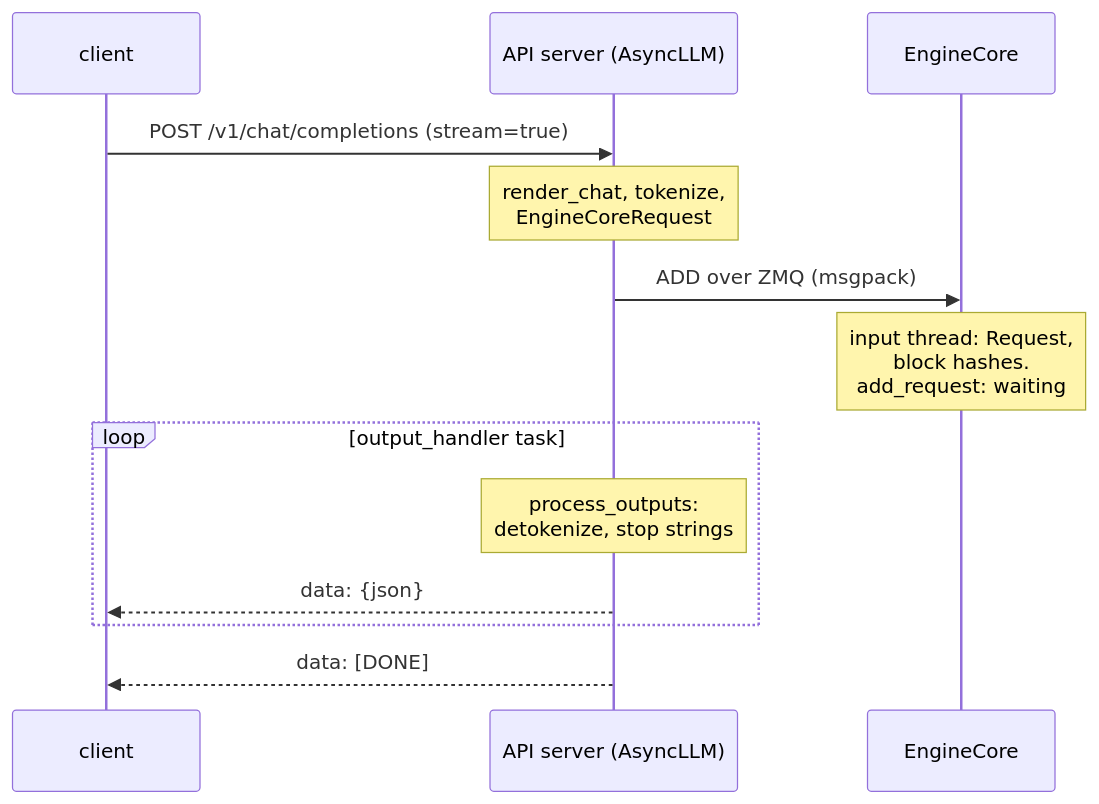
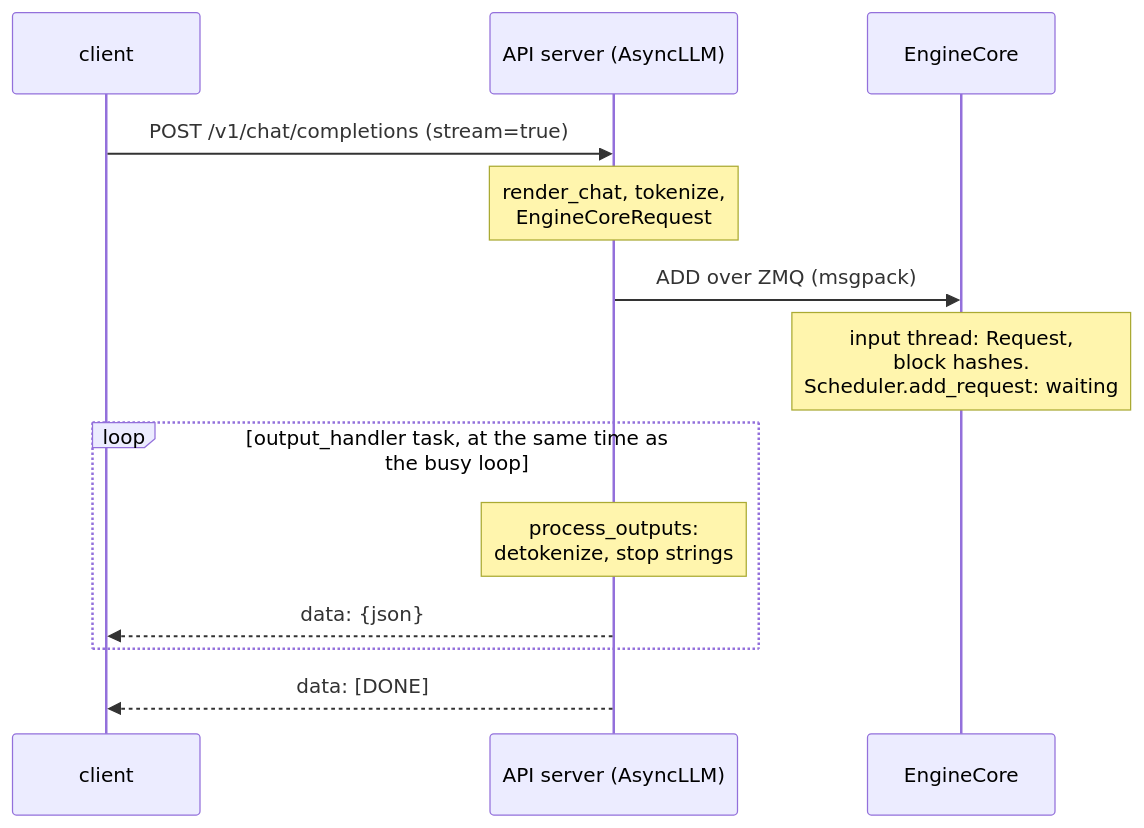
Before and after one commit to aniryou/full-stack-agentic-engineer: the second of 5 diagrams in 04-inference-engine/vllm-internals/vllm-internals-primer.md, drawn with Mermaid. The commit also changed other lines of this file and 105 other files, not shown here.

````diff
--- a/04-inference-engine/vllm-internals/vllm-internals-primer.md
+++ b/04-inference-engine/vllm-internals/vllm-internals-primer.md
@@ -215,15 +215,15 @@
 ```mermaid
 sequenceDiagram
     participant C as client
     participant A as API server (AsyncLLM)
     participant E as EngineCore
     C->>A: POST /v1/chat/completions (stream=true)
     Note over A: render_chat, tokenize,<br/>EngineCoreRequest
     A->>E: ADD over ZMQ (msgpack)
-    Note over E: input thread: Request,<br/>block hashes.<br/>add_request: waiting
-    loop output_handler task
+    Note over E: input thread: Request,<br/>block hashes.<br/>Scheduler.add_request: waiting
+    loop output_handler task, at the same time as the busy loop
         Note over A: process_outputs:<br/>detokenize, stop strings
         A-->>C: data: {json}
     end
     A-->>C: data: [DONE]
 ```
````
